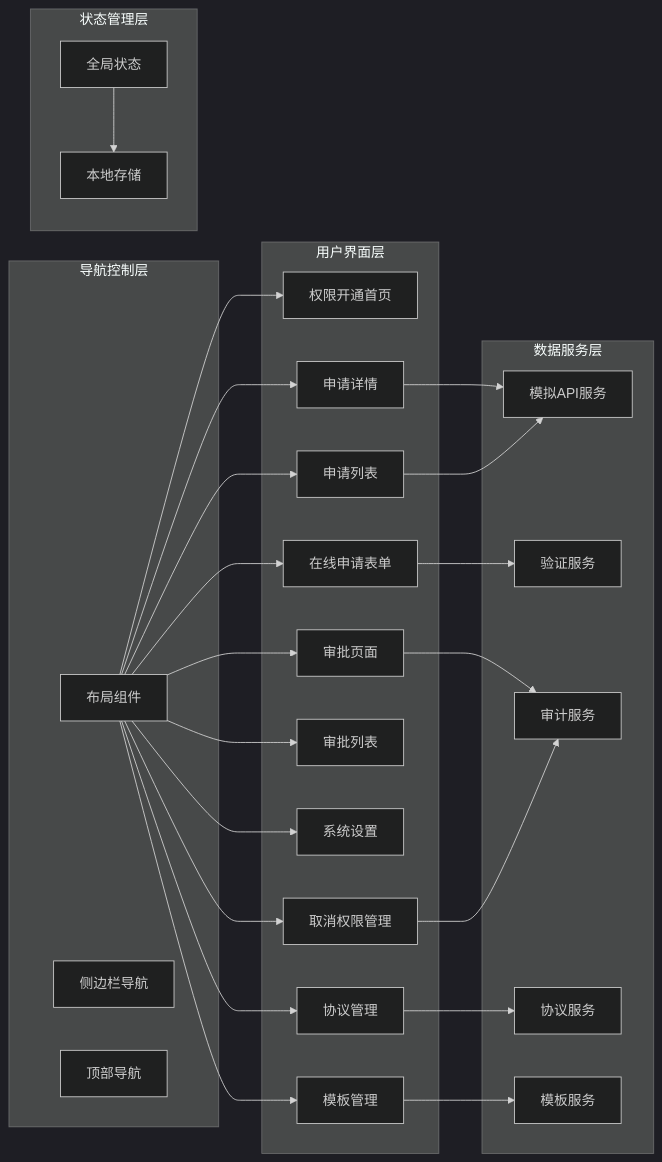
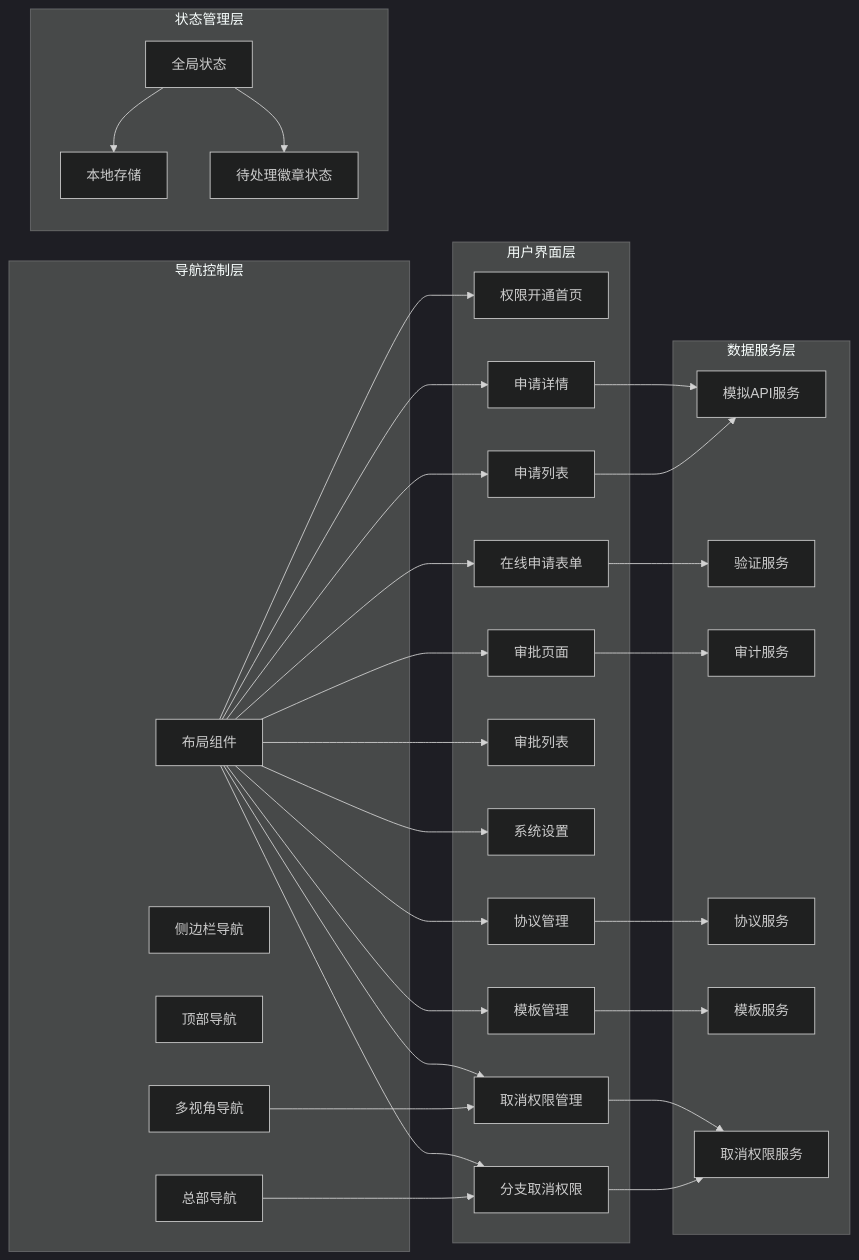
The third of 12 diagrams in .qoder/repowiki/zh/content/交易权限申请模块/交易权限申请模块.md (chinak/permission_apply), drawn with Mermaid (dark theme) before and after one commit. The commit also changed other lines of this file and 43 other files, not shown here.

````diff
--- a/.qoder/repowiki/zh/content/交易权限申请模块/交易权限申请模块.md
+++ b/.qoder/repowiki/zh/content/交易权限申请模块/交易权限申请模块.md
@@ -181,49 +191,59 @@
 ```mermaid
 graph LR
 subgraph "用户界面层"
 Home[权限开通首页]
 SubmitForm[在线申请表单]
 ApplicationDetail[申请详情]
 ApplicationList[申请列表]
 StaffApproval[审批页面]
 StaffApprovalList[审批列表]
 SystemSettings[系统设置]
 CancelPermission[取消权限管理]
+CancelPermissionBranch[分支取消权限]
 Protocols[协议管理]
 Templates[模板管理]
 end
 subgraph "导航控制层"
 Layout[布局组件]
 Sidebar[侧边栏导航]
 Header[顶部导航]
+MultiPerspectiveNav[多视角导航]
+HeadquartersNav[总部导航]
 end
 subgraph "状态管理层"
 AppContext[全局状态]
 LocalStorage[本地存储]
+PendingBadgeState[待处理徽章状态]
 end
 subgraph "数据服务层"
 MockAPI[模拟API服务]
 Validation[验证服务]
 Audit[审计服务]
 ProtocolService[协议服务]
 TemplateService[模板服务]
+CancellationService[取消权限服务]
 end
 Layout --> Home
 Layout --> SubmitForm
 Layout --> ApplicationDetail
 Layout --> ApplicationList
 Layout --> StaffApproval
 Layout --> StaffApprovalList
 Layout --> SystemSettings
 Layout --> CancelPermission
+Layout --> CancelPermissionBranch
 Layout --> Protocols
 Layout --> Templates
+MultiPerspectiveNav --> CancelPermission
+HeadquartersNav --> CancelPermissionBranch
 AppContext --> LocalStorage
+AppContext --> PendingBadgeState
 SubmitForm --> Validation
 StaffApproval --> Audit
 ApplicationDetail --> MockAPI
 ApplicationList --> MockAPI
-CancelPermission --> Audit
+CancelPermission --> CancellationService
+CancelPermissionBranch --> CancellationService
 Protocols --> ProtocolService
 Templates --> TemplateService
 ```
````
